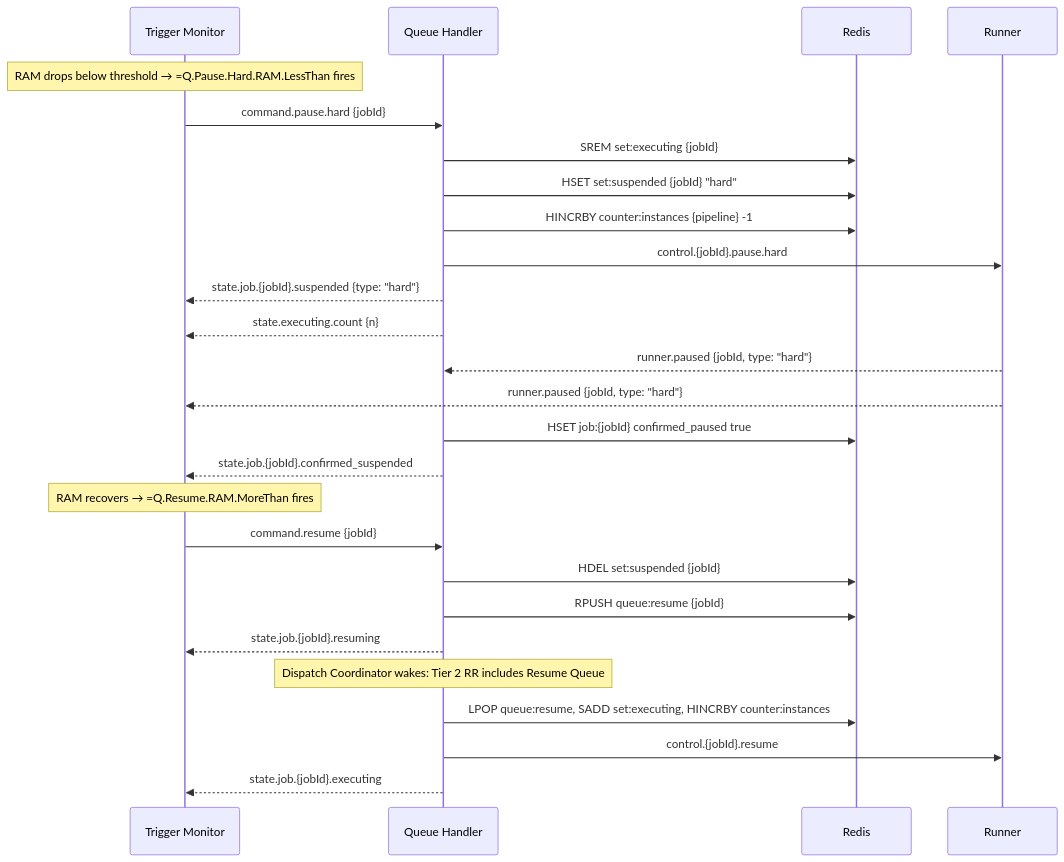
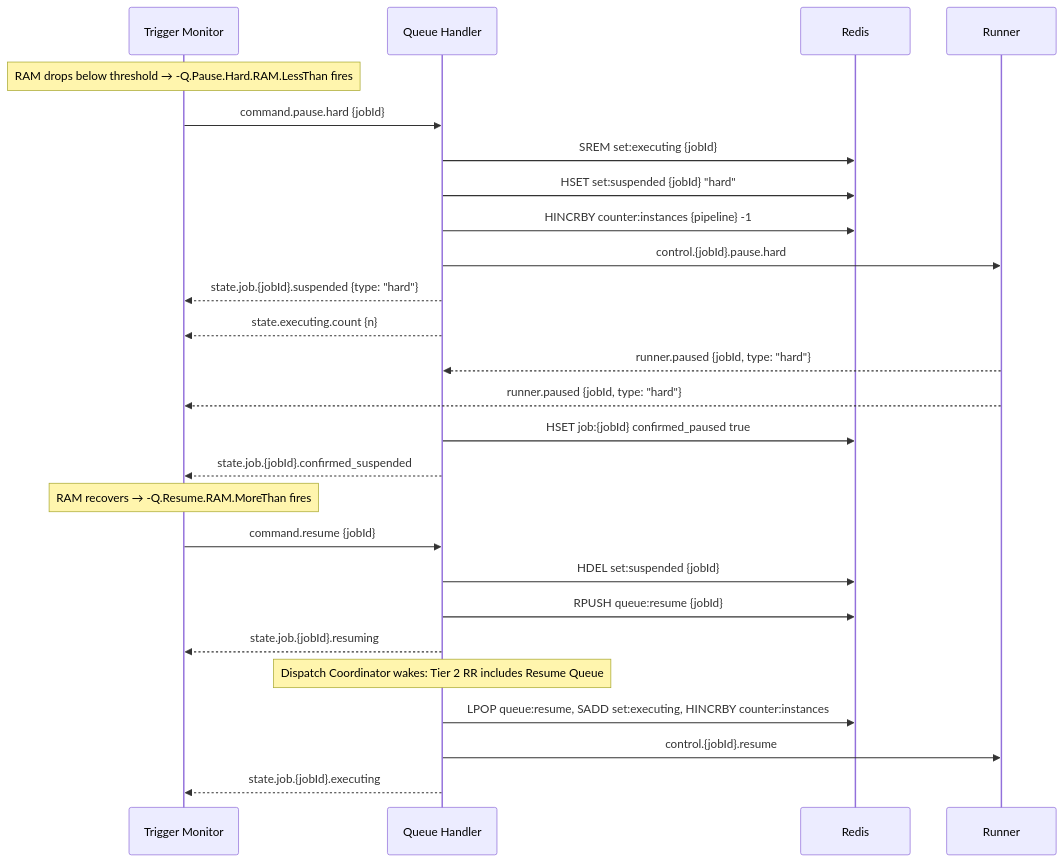
The fifth of 5 diagrams in docs/technical/plan/queue-manager/sequence-diagrams.md (hasan-alj88/Polyglot), drawn with Mermaid before and after one commit. The commit also changed other lines of this file and 47 other files, not shown here.

````diff
--- a/docs/technical/plan/queue-manager/sequence-diagrams.md
+++ b/docs/technical/plan/queue-manager/sequence-diagrams.md
@@ -165,32 +165,32 @@
 ```mermaid
 sequenceDiagram
     participant TM as Trigger Monitor
     participant QH as Queue Handler
     participant Redis
     participant Runner
 
-    Note over TM: RAM drops below threshold → =Q.Pause.Hard.RAM.LessThan fires
+    Note over TM: RAM drops below threshold → -Q.Pause.Hard.RAM.LessThan fires
     TM->>QH: command.pause.hard {jobId}
     QH->>Redis: SREM set:executing {jobId}
     QH->>Redis: HSET set:suspended {jobId} "hard"
     QH->>Redis: HINCRBY counter:instances {pipeline} -1
     QH->>Runner: control.{jobId}.pause.hard
     QH-->>TM: state.job.{jobId}.suspended {type: "hard"}
     QH-->>TM: state.executing.count {n}
 
     Runner-->>QH: runner.paused {jobId, type: "hard"}
     Runner-->>TM: runner.paused {jobId, type: "hard"}
     QH->>Redis: HSET job:{jobId} confirmed_paused true
     QH-->>TM: state.job.{jobId}.confirmed_suspended
 
-    Note over TM: RAM recovers → =Q.Resume.RAM.MoreThan fires
+    Note over TM: RAM recovers → -Q.Resume.RAM.MoreThan fires
     TM->>QH: command.resume {jobId}
     QH->>Redis: HDEL set:suspended {jobId}
     QH->>Redis: RPUSH queue:resume {jobId}
     QH-->>TM: state.job.{jobId}.resuming
 
     Note over QH: Dispatch Coordinator wakes: Tier 2 RR includes Resume Queue
     QH->>Redis: LPOP queue:resume, SADD set:executing, HINCRBY counter:instances
     QH->>Runner: control.{jobId}.resume
     QH-->>TM: state.job.{jobId}.executing
 ```
````
